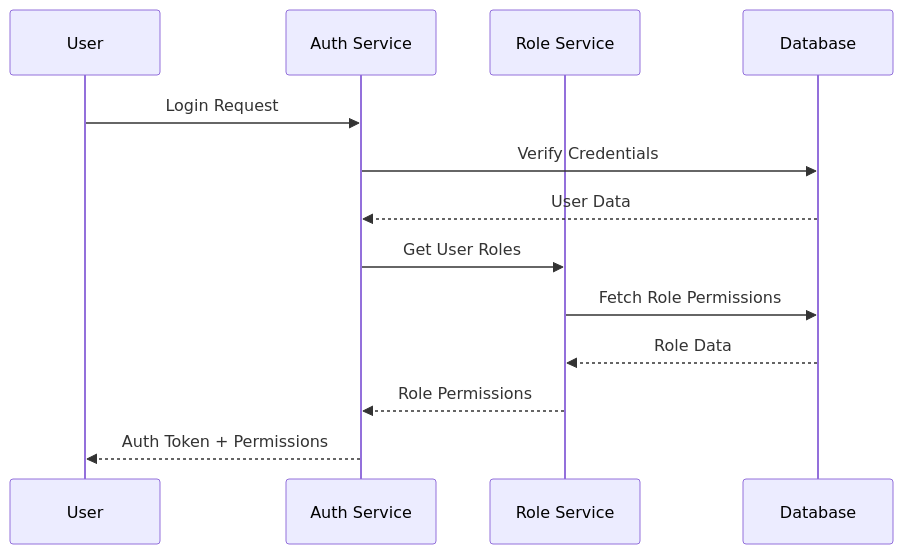
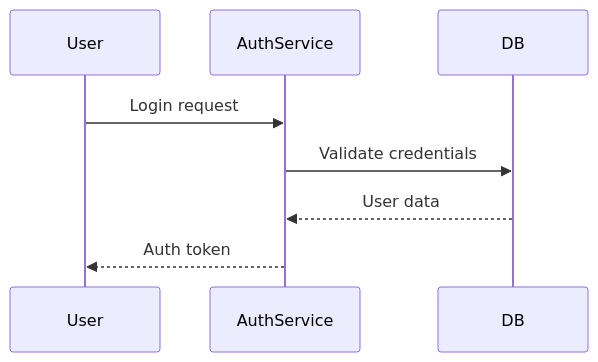
The second of 6 diagrams in docs/database-design.md (47products/Neighbour-Approved), drawn with Mermaid before and after one commit. The commit also changed other lines of this file and 8 other files, not shown here.

````diff
--- a/docs/database-design.md
+++ b/docs/database-design.md
@@ -67,16 +48,10 @@
 ```mermaid
 sequenceDiagram
-    participant U as User
-    participant A as Auth Service
-    participant R as Role Service
-    participant D as Database
-
-    U->>A: Login Request
-    A->>D: Verify Credentials
-    D-->>A: User Data
-    A->>R: Get User Roles
-    R->>D: Fetch Role Permissions
-    D-->>R: Role Data
-    R-->>A: Role Permissions
-    A-->>U: Auth Token + Permissions
+    participant User
+    participant AuthService
+    participant DB
+    User ->> AuthService: Login request
+    AuthService ->> DB: Validate credentials
+    DB -->> AuthService: User data
+    AuthService -->> User: Auth token
 ```
````
